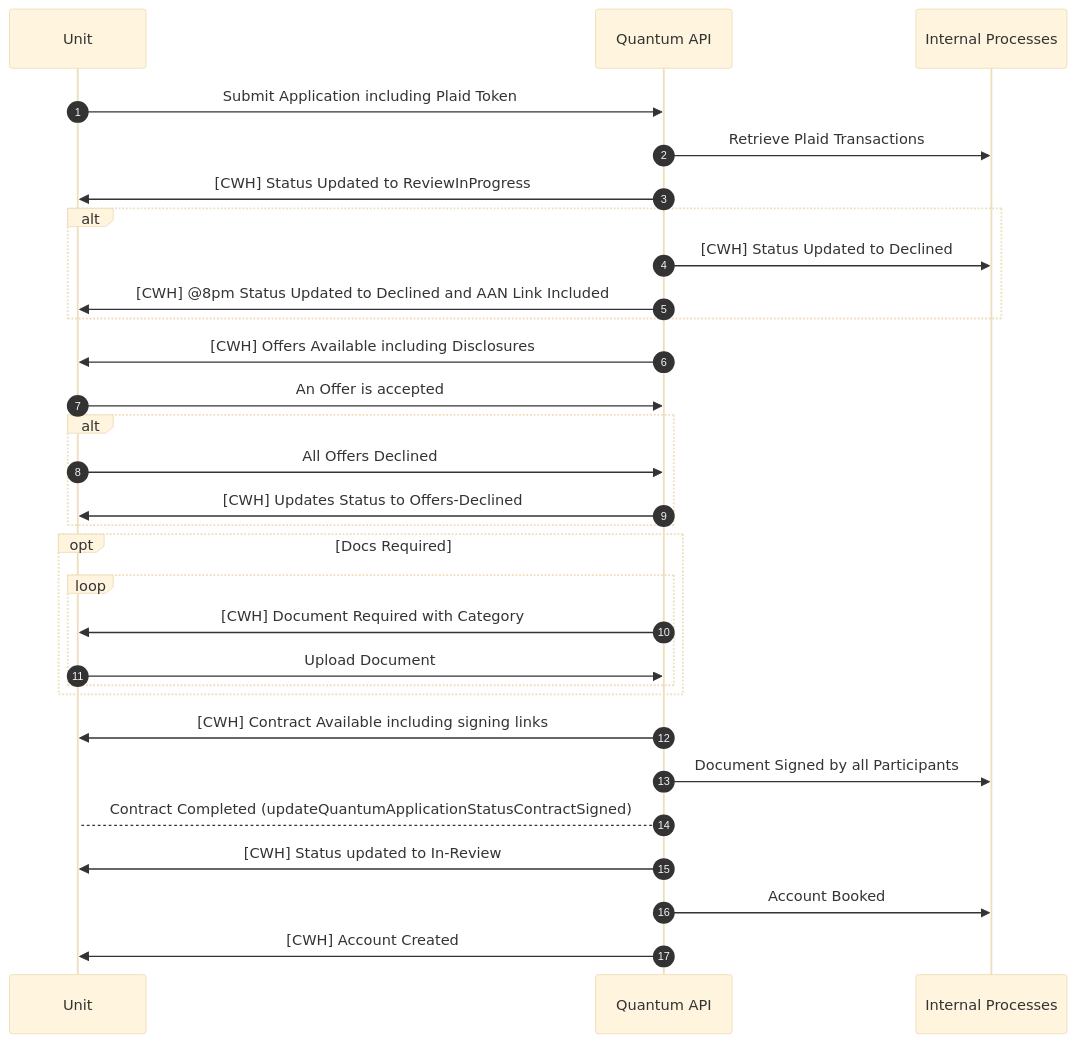
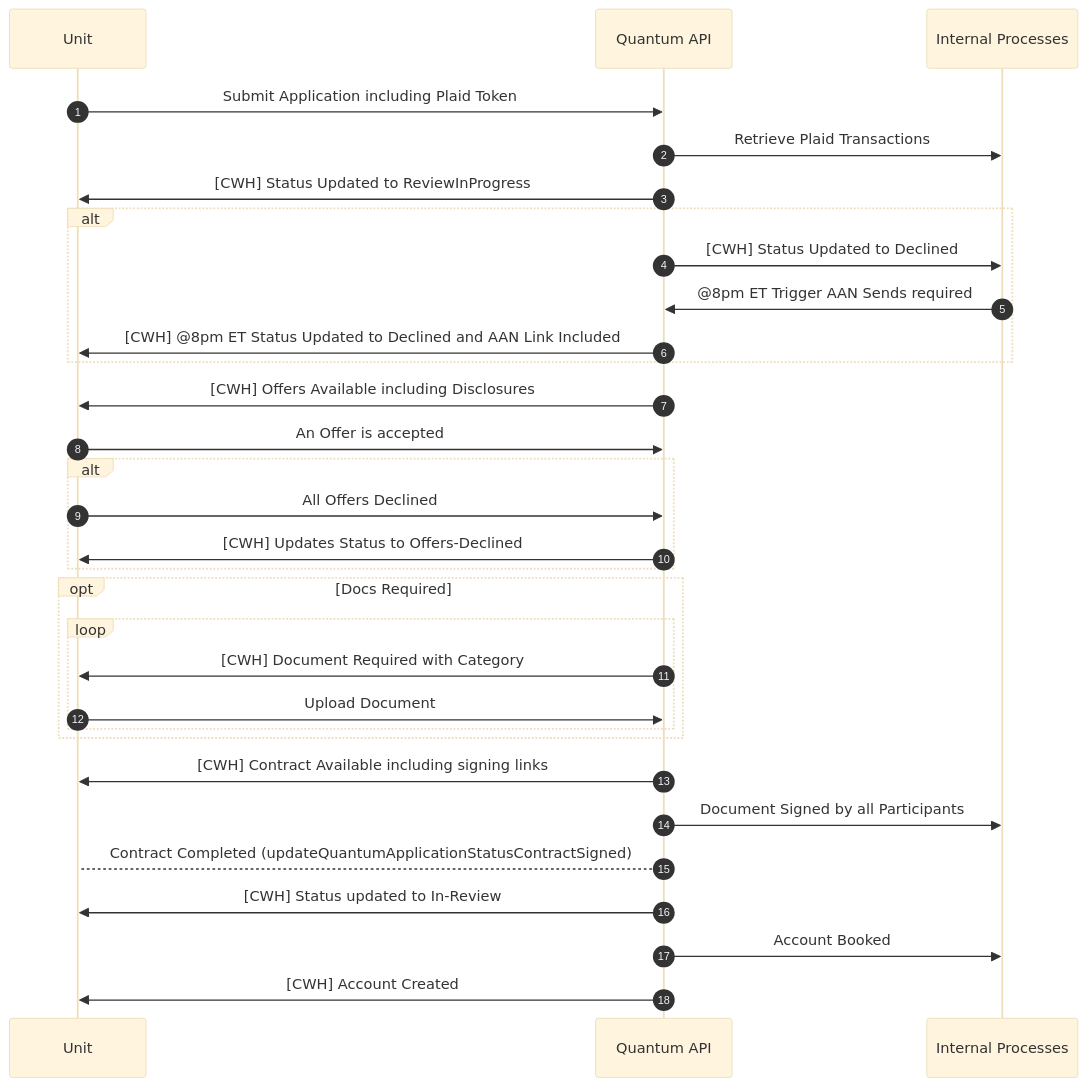
The diagram in Unit_Orginations.md (quantum-jsp/sequence-diagrams-public), drawn with Mermaid (base theme) before and after one commit.

Commit message:
Update status messages in Unit_Orginations.md

````diff
--- a/Unit_Orginations.md
+++ b/Unit_Orginations.md
@@ -1,35 +1,36 @@
 ```mermaid
 sequenceDiagram
     participant Unit
     participant Quantum API
     participant Internal Processes
     
     autonumber
 
     Unit ->> Quantum API: Submit Application including Plaid Token
     Quantum API ->> Internal Processes: Retrieve Plaid Transactions
     Quantum API ->> Unit: [CWH] Status Updated to ReviewInProgress
     alt 
         Quantum API ->> Internal Processes: [CWH] Status Updated to Declined
-        Quantum API ->> Unit: [CWH] @8pm Status Updated to Declined and AAN Link Included
+        Internal Processes ->> Quantum API: @8pm ET Trigger AAN Sends required
+        Quantum API ->> Unit: [CWH] @8pm ET Status Updated to Declined and AAN Link Included
     end 
     Quantum API ->> Unit: [CWH] Offers Available including Disclosures
     Unit ->> Quantum API: An Offer is accepted
     alt
         Unit ->> Quantum API: All Offers Declined
         Quantum API ->> Unit: [CWH] Updates Status to Offers-Declined
     end
     opt Docs Required
         loop
             Quantum API ->> Unit: [CWH] Document Required with Category
             Unit ->> Quantum API: Upload Document
         end
     end
     Quantum API ->> Unit: [CWH] Contract Available including signing links
     Quantum API ->> Internal Processes: Document Signed by all Participants
     Quantum API --> Unit: Contract Completed (updateQuantumApplicationStatusContractSigned)
     Quantum API ->> Unit: [CWH] Status updated to In-Review
     Quantum API ->> Internal Processes: Account Booked
     Quantum API ->> Unit: [CWH] Account Created
     
 ```
````
